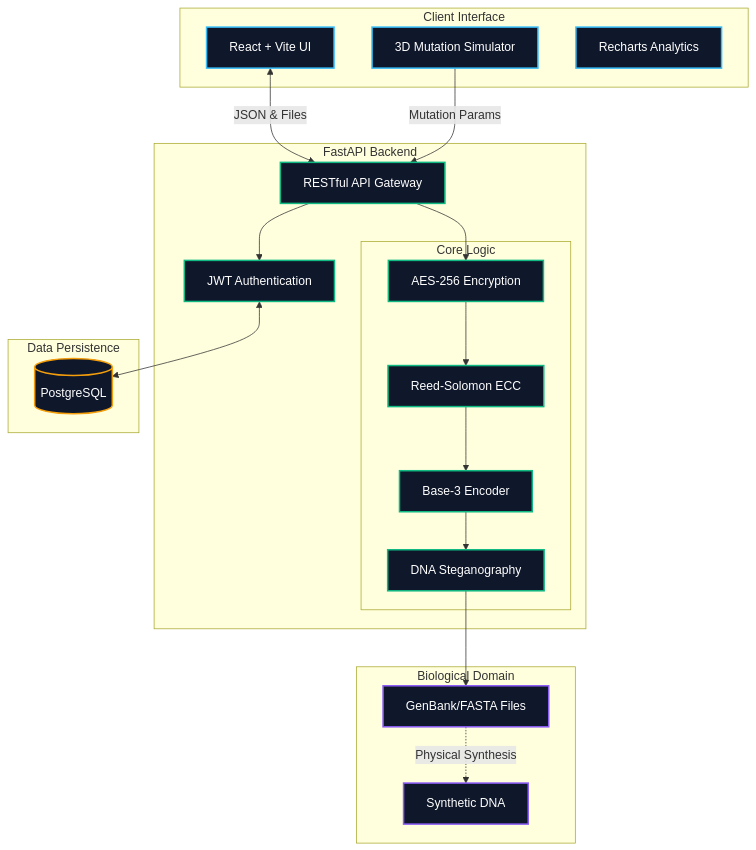
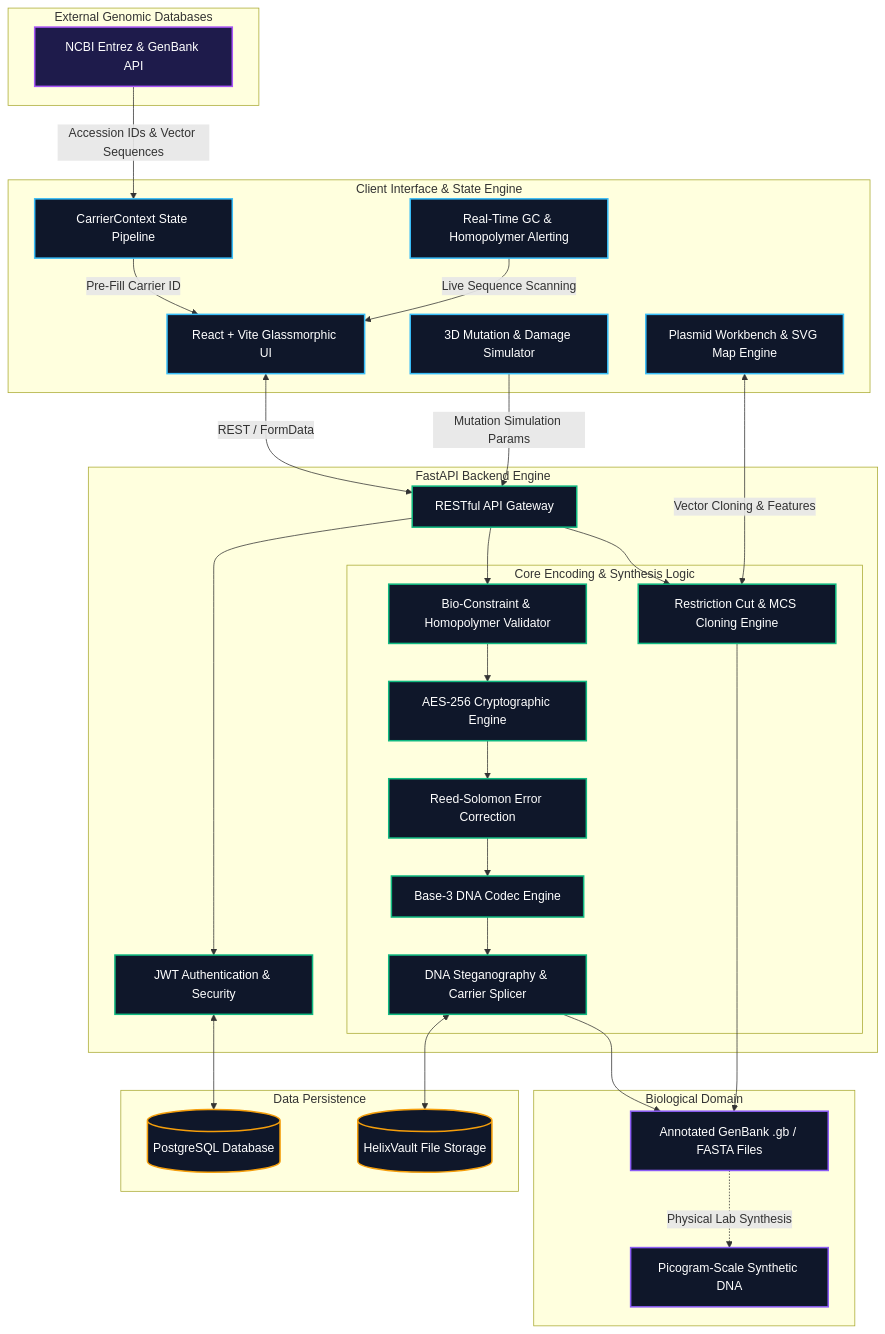
Before and after one commit to iamnitishpattar/helixvault: the diagram in README.md, drawn with Mermaid.

Commit message:
docs: update Mermaid architecture diagram with v3.0 components

````diff
--- a/README.md
+++ b/README.md
@@ -50,51 +50,70 @@
 ```mermaid
 graph TD
     %% Styling
     classDef frontend fill:#0f172a,stroke:#38bdf8,stroke-width:2px,color:#fff;
     classDef backend fill:#0f172a,stroke:#10b981,stroke-width:2px,color:#fff;
     classDef storage fill:#0f172a,stroke:#f59e0b,stroke-width:2px,color:#fff;
     classDef bio fill:#0f172a,stroke:#8b5cf6,stroke-width:2px,color:#fff;
+    classDef ext fill:#1e1b4b,stroke:#a855f7,stroke-width:2px,color:#fff;
 
     %% Client Side
-    subgraph Client [Client Interface]
-        UI[React + Vite UI]:::frontend
-        3D[3D Mutation Simulator]:::frontend
-        Charts[Recharts Analytics]:::frontend
+    subgraph Client ["Client Interface & State Engine"]
+        UI["React + Vite Glassmorphic UI"]:::frontend
+        3D["3D Mutation & Damage Simulator"]:::frontend
+        Plasmid["Plasmid Workbench & SVG Map Engine"]:::frontend
+        Context["CarrierContext State Pipeline"]:::frontend
+        Metrics["Real-Time GC & Homopolymer Alerting"]:::frontend
+    end
+
+    %% External Bio Databases
+    subgraph External ["External Genomic Databases"]
+        NCBI["NCBI Entrez & GenBank API"]:::ext
     end
 
     %% Backend Services
-    subgraph Server [FastAPI Backend]
-        API[RESTful API Gateway]:::backend
-        Auth[JWT Authentication]:::backend
+    subgraph Server ["FastAPI Backend Engine"]
+        API["RESTful API Gateway"]:::backend
+        Auth["JWT Authentication & Security"]:::backend
         
-        subgraph Core Logic
-            Encrypt[AES-256 Encryption]:::backend
-            RS[Reed-Solomon ECC]:::backend
-            Encode[Base-3 Encoder]:::backend
-            Stego[DNA Steganography]:::backend
+        subgraph Core ["Core Encoding & Synthesis Logic"]
+            Validator["Bio-Constraint & Homopolymer Validator"]:::backend
+            Encrypt["AES-256 Cryptographic Engine"]:::backend
+            RS["Reed-Solomon Error Correction"]:::backend
+            Encode["Base-3 DNA Codec Engine"]:::backend
+            Stego["DNA Steganography & Carrier Splicer"]:::backend
+            PlasmidEngine["Restriction Cut & MCS Cloning Engine"]:::backend
         end
         
         API --> Auth
-        API --> Encrypt
+        API --> Validator
+        Validator --> Encrypt
         Encrypt --> RS
         RS --> Encode
         Encode --> Stego
+        API --> PlasmidEngine
     end
 
     %% Storage & Biology
-    subgraph Storage [Data Persistence]
-        DB[(PostgreSQL)]:::storage
+    subgraph Storage ["Data Persistence"]
+        DB[("PostgreSQL Database")]:::storage
+        Vault[("HelixVault File Storage")]:::storage
     end
     
-    subgraph Biological Output [Biological Domain]
-        GenBank[GenBank/FASTA Files]:::bio
-        SyntheticDNA[Synthetic DNA]:::bio
+    subgraph BiologicalOutput ["Biological Domain"]
+        GenBank["Annotated GenBank .gb / FASTA Files"]:::bio
+        SyntheticDNA["Picogram-Scale Synthetic DNA"]:::bio
     end
 
     %% Connections
-    UI <-->|JSON & Files| API
-    3D -->|Mutation Params| API
+    UI <-->|"REST / FormData"| API
+    3D -->|"Mutation Simulation Params"| API
+    Plasmid <-->|"Vector Cloning & Features"| PlasmidEngine
+    NCBI -->|"Accession IDs & Vector Sequences"| Context
+    Context -->|"Pre-Fill Carrier ID"| UI
+    Metrics -->|"Live Sequence Scanning"| UI
     Auth <--> DB
+    Stego <--> Vault
     Stego --> GenBank
-    GenBank -.->|Physical Synthesis| SyntheticDNA
+    PlasmidEngine --> GenBank
+    GenBank -.->|"Physical Lab Synthesis"| SyntheticDNA
 ```
````
